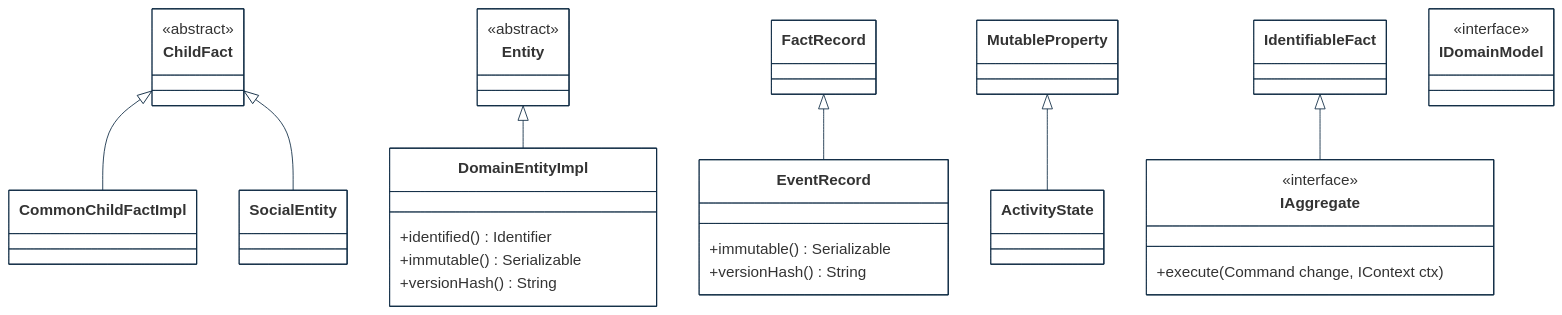
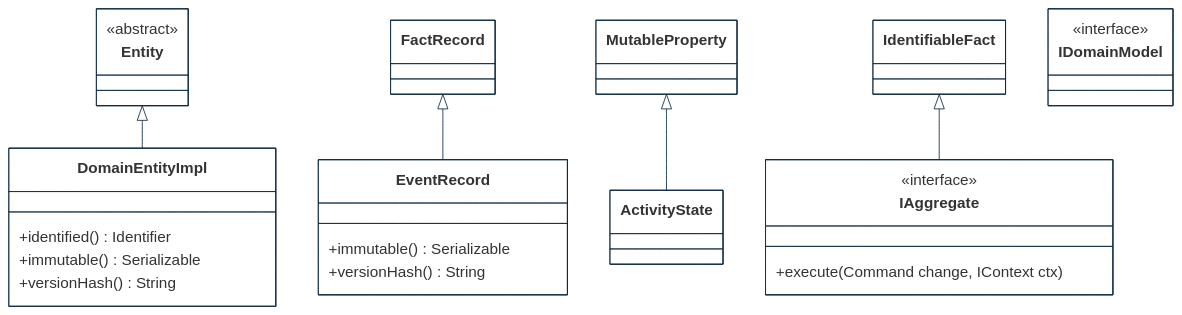
The second of 6 diagrams in implementations-line/framework/domain/designview-packages.md (cybnity/foundation), drawn with Mermaid before and after one commit.

````diff
--- a/implementations-line/framework/domain/designview-packages.md
+++ b/implementations-line/framework/domain/designview-packages.md
@@ -60,50 +60,45 @@
 ```mermaid
 %%{
   init: {
     'theme': 'base',
     'themeVariables': {
         'background': '#ffffff',
         'fontFamily': 'arial',
         'fontSize': '18px',
         'primaryColor': '#fff',
         'primaryBorderColor': '#0e2a43',
         'secondaryBorderColor': '#0e2a43',
         'tertiaryBorderColor': '#0e2a43',
         'edgeLabelBackground':'#0e2a43',
         'lineColor': '#0e2a43',
         'tertiaryColor': '#fff'
     }
   }
 }%%
 classDiagram
-    ChildFact <|-- CommonChildFactImpl
-    ChildFact <|-- SocialEntity
     Entity <|-- DomainEntityImpl
     FactRecord <|-- EventRecord
     MutableProperty <|-- ActivityState
     IdentifiableFact <|-- IAggregate
 
     class IAggregate {
         <<interface>>
         +execute(Command change, IContext ctx)
     }
     class Entity {
         <<abstract>>
     }
     class DomainEntityImpl {
         +identified() Identifier
         +immutable() Serializable
         +versionHash() String
     }
-    class ChildFact {
-        <<abstract>>
-    }
     class EventRecord {
         +immutable() Serializable
         +versionHash() String
     }
     class IDomainModel {
         <<interface>>
     }
 
 ```
````
